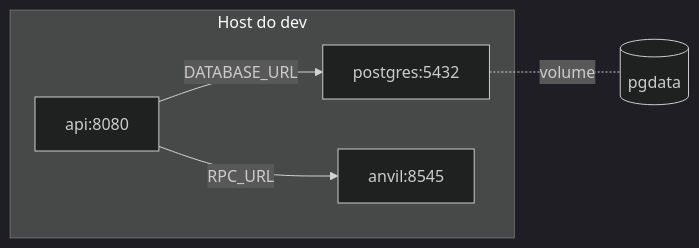
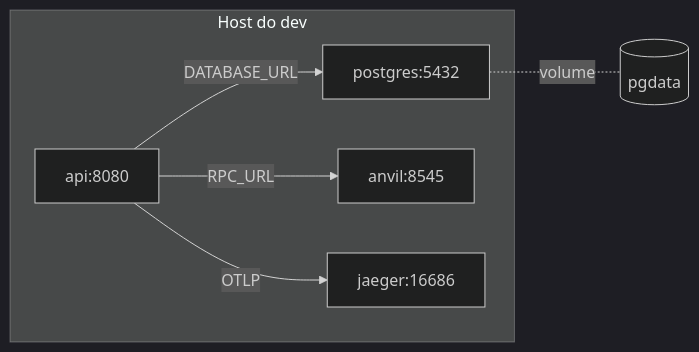
Before and after one commit to waizbart/aletheia-api: the fifth of 5 diagrams in docs/ARCHITECTURE.md, drawn with Mermaid (dark theme). The commit also changed other lines of this file and 93 other files, not shown here.

````diff
--- a/docs/ARCHITECTURE.md
+++ b/docs/ARCHITECTURE.md
@@ -159,13 +218,14 @@
 ```mermaid
 flowchart LR
     subgraph Host["Host do dev"]
         API_C["api:8080"]
         PG_C["postgres:5432"]
         ANVIL_C["anvil:8545"]
+        JAEGER_C["jaeger:16686"]
     end
 
     API_C -- DATABASE_URL --> PG_C
     API_C -- RPC_URL --> ANVIL_C
-
+    API_C -- OTLP --> JAEGER_C
     PG_C -. volume .- VOL1[("pgdata")]
 ```
````
